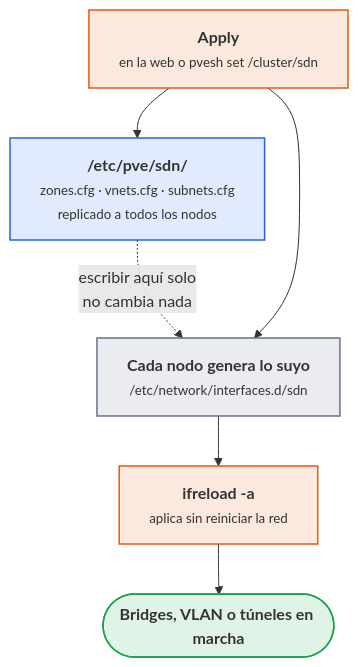
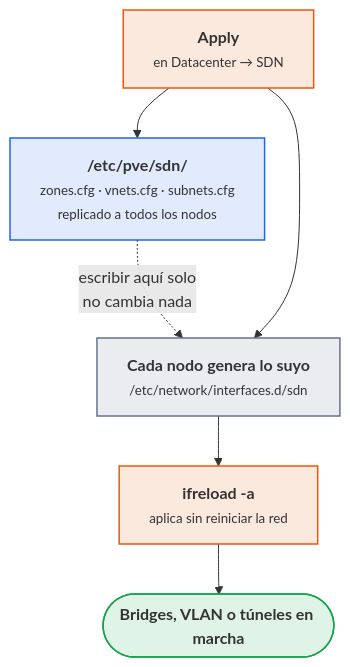
Before and after one commit to victor-educ/apuntes-5166: the third of 8 diagrams in docs/ut/ut2-vpc.md, drawn with Mermaid. The commit also changed other lines of this file and 12 other files, not shown here.

````diff
--- a/docs/ut/ut2-vpc.md
+++ b/docs/ut/ut2-vpc.md
@@ -288,17 +288,17 @@
 ```mermaid
 flowchart TB
-    WEB["<b>Apply</b><br><small>en la web o pvesh set /cluster/sdn</small>"]:::act
+    WEB["<b>Apply</b><br><small>en Datacenter → SDN</small>"]:::act
     CFG["<b>/etc/pve/sdn/</b><br><small>zones.cfg · vnets.cfg · subnets.cfg<br>replicado a todos los nodos</small>"]:::dato
     GEN["<b>Cada nodo genera lo suyo</b><br><small>/etc/network/interfaces.d/sdn</small>"]:::pieza
     IFR["<b>ifreload -a</b><br><small>aplica sin reiniciar la red</small>"]:::act
     RED(["<b>Bridges, VLAN o túneles en marcha</b>"]):::ok
     CFG -. "escribir aquí solo<br>no cambia nada" .-> GEN
     WEB --> CFG
     WEB --> GEN --> IFR --> RED
     classDef act fill:#ea580c22,stroke:#ea580c,stroke-width:1.5px
     classDef pieza fill:#64748b22,stroke:#64748b,stroke-width:1.5px
     classDef dato fill:#2563eb22,stroke:#2563eb,stroke-width:1.5px
     classDef infra fill:#a1a1aa14,stroke:#a1a1aa,stroke-width:1.5px
     classDef ok fill:#16a34a22,stroke:#16a34a,stroke-width:1.5px
     classDef riesgo fill:#dc262622,stroke:#dc2626,stroke-width:1.5px
 ```
````
